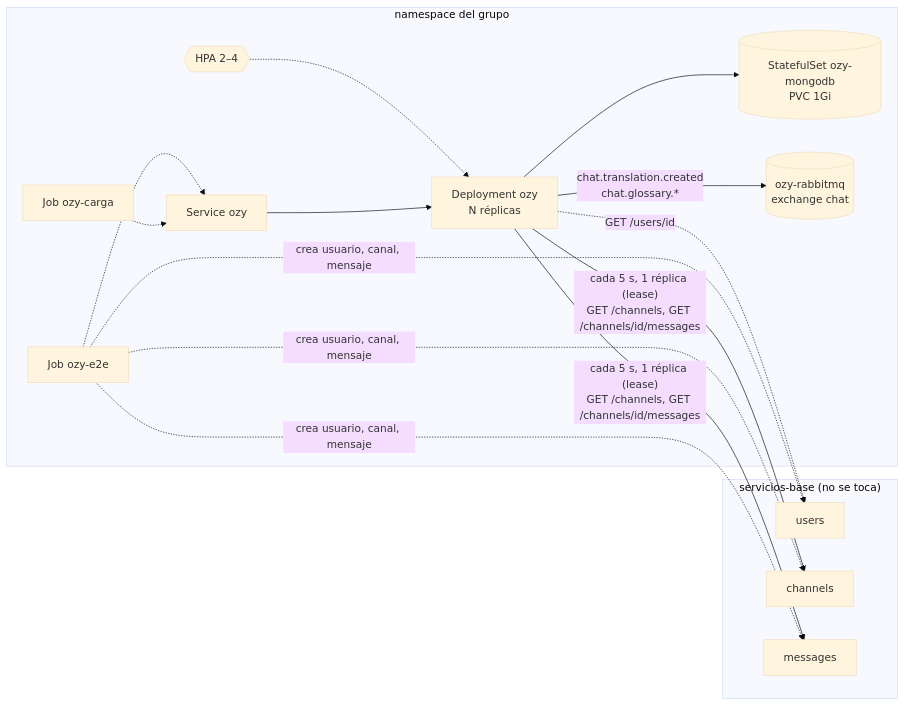
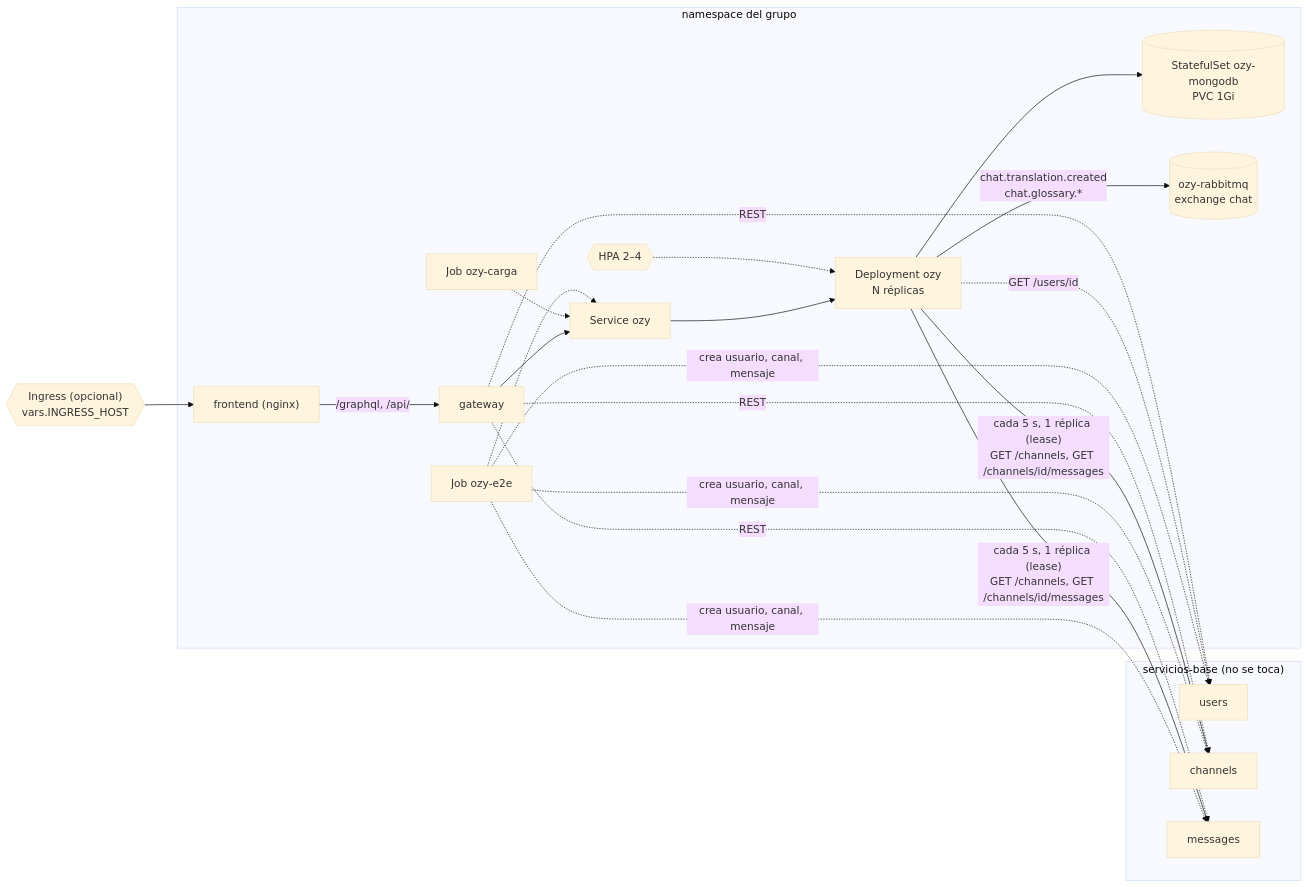
Before and after one commit to joakoxsi/Arquitectura-de-Software: the diagram in demo/ozy/k8s/README.md, drawn with Mermaid (base theme). The commit also changed other lines of this file and 15 other files, not shown here.

````diff
--- a/demo/ozy/k8s/README.md
+++ b/demo/ozy/k8s/README.md
@@ -19,17 +24,21 @@
 ```mermaid
 flowchart LR
     subgraph core["servicios-base (no se toca)"]
         U[users]; C[channels]; M[messages]
     end
     subgraph grupo["namespace del grupo"]
         HPA{{HPA 2–4}} -.-> D
         S[Service ozy] --> D["Deployment ozy<br/>N réplicas"]
         D --> DB[("StatefulSet ozy-mongodb<br/>PVC 1Gi")]
         D -->|"chat.translation.created<br/>chat.glossary.*"| R[("ozy-rabbitmq<br/>exchange chat")]
         J1[Job ozy-e2e] -.-> S
         J2[Job ozy-carga] -.-> S
+        FE["frontend (nginx)"] -->|"/graphql, /api/"| GW[gateway]
+        GW --> S
     end
+    ING{{"Ingress (opcional)<br/>vars.INGRESS_HOST"}} --> FE
+    GW -.->|REST| U & C & M
     D -->|"cada 5 s, 1 réplica (lease)<br/>GET /channels, GET /channels/id/messages"| C & M
     D -.->|GET /users/id| U
     J1 -.->|crea usuario, canal, mensaje| U & C & M
 ```
````
